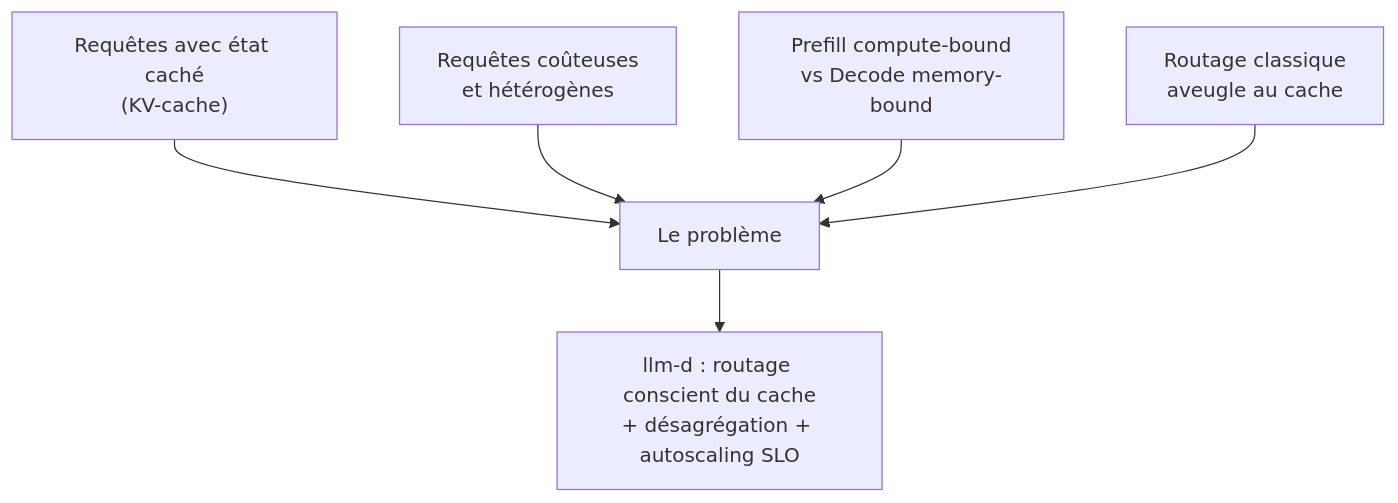
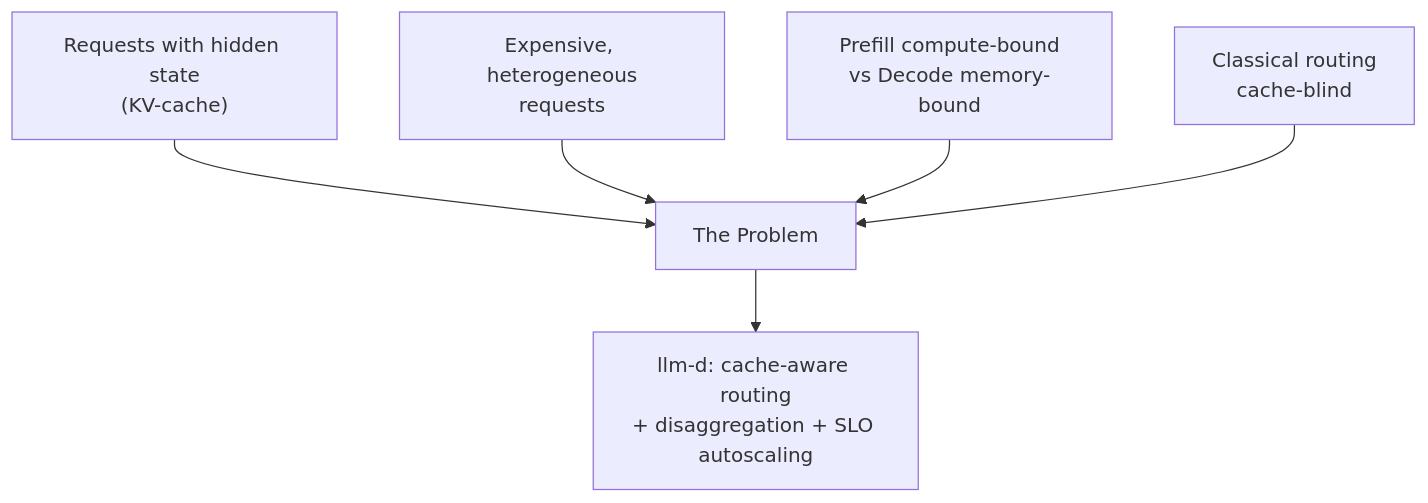
One commit to ADORSYS-GIS/Custom-Ai-Ops changed the second of 26 diagrams in docs/explain/llm-d.md. Above: the diagram before and after it, drawn with Mermaid. The commit also changed other lines of this file, not shown here.

Commit message:
feat(Custom-AI-Ops): llm-d explaind and  full implementation

````diff
--- a/docs/explain/llm-d.md
+++ b/docs/explain/llm-d.md
@@ -111,8 +111,8 @@
 ```mermaid
 flowchart TB
-    P1["Requêtes avec état caché<br/>(KV-cache)"] --> Prob[Le problème]
-    P2["Requêtes coûteuses<br/>et hétérogènes"] --> Prob
+    P1["Requests with hidden state<br/>(KV-cache)"] --> Prob[The Problem]
+    P2["Expensive, heterogeneous<br/>requests"] --> Prob
     P3["Prefill compute-bound<br/>vs Decode memory-bound"] --> Prob
-    P4["Routage classique<br/>aveugle au cache"] --> Prob
-    Prob --> Sol["llm-d : routage conscient du cache<br/>+ désagrégation + autoscaling SLO"]
+    P4["Classical routing<br/>cache-blind"] --> Prob
+    Prob --> Sol["llm-d: cache-aware routing<br/>+ disaggregation + SLO autoscaling"]
 ```
````
